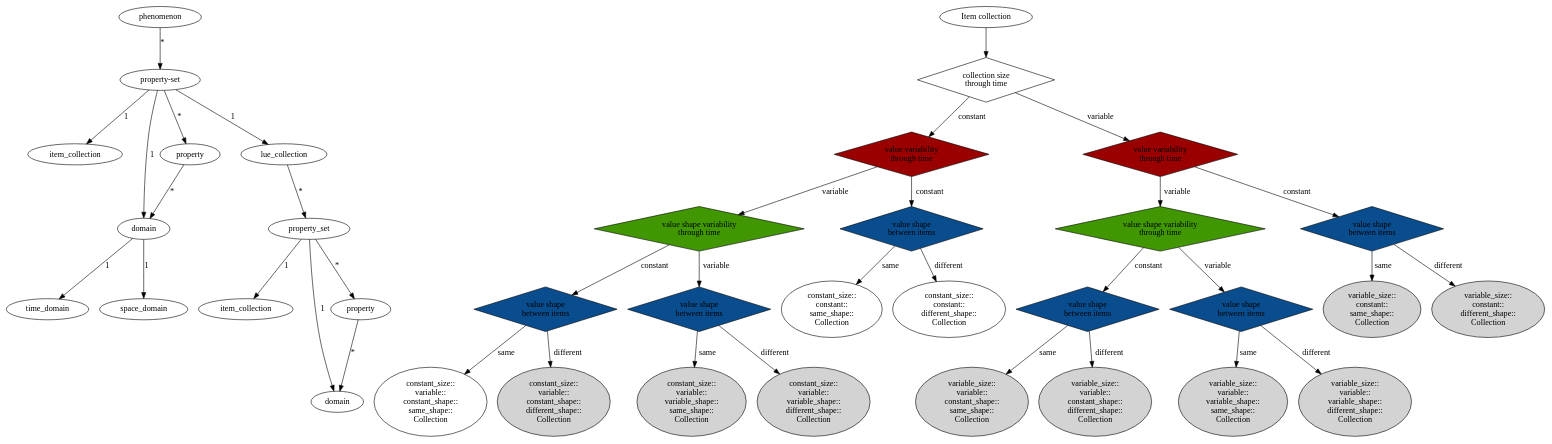
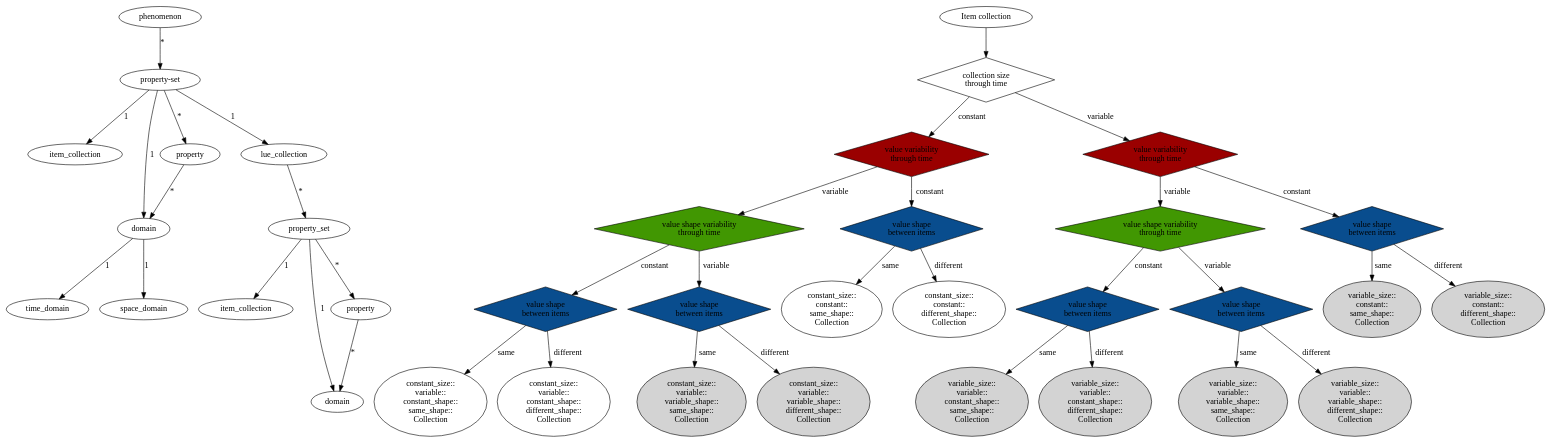
The diagram in source/lue_cxx/doc/datamodel.dot (computationalgeography/lue), drawn with Graphviz before and after one commit. The commit also changed 11 other files, not shown here.

```diff
--- a/source/lue_cxx/doc/datamodel.dot
+++ b/source/lue_cxx/doc/datamodel.dot
@@ -171,6 +171,7 @@
     ];
     different_shape2 [
         label="constant_size::\nvariable::\nconstant_shape::\ndifferent_shape::\nCollection"
+        style=""
     ];
     same_shape3 [
         label="constant_size::\nvariable::\nvariable_shape::\nsame_shape::\nCollection"
```
